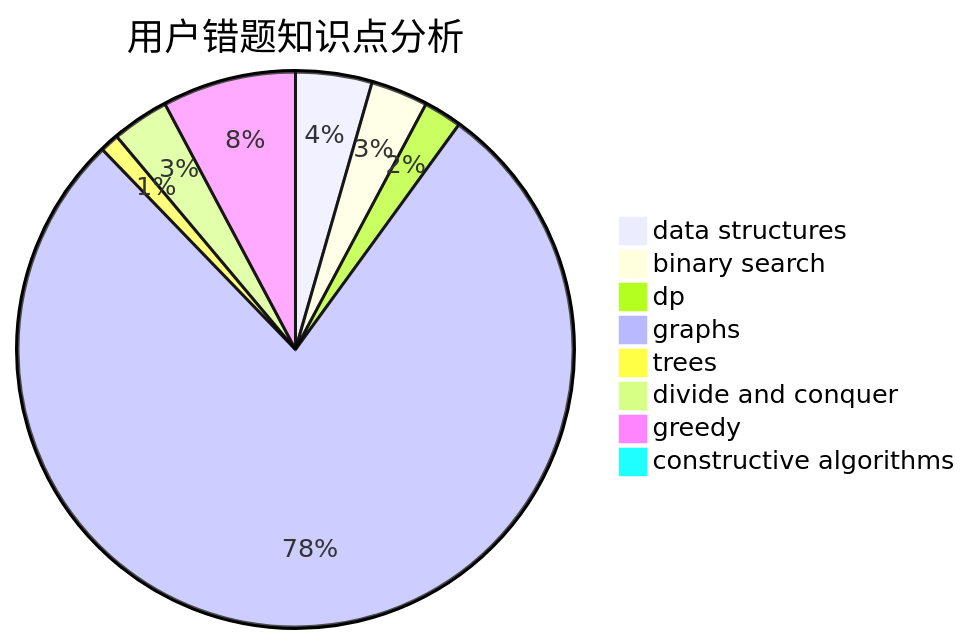
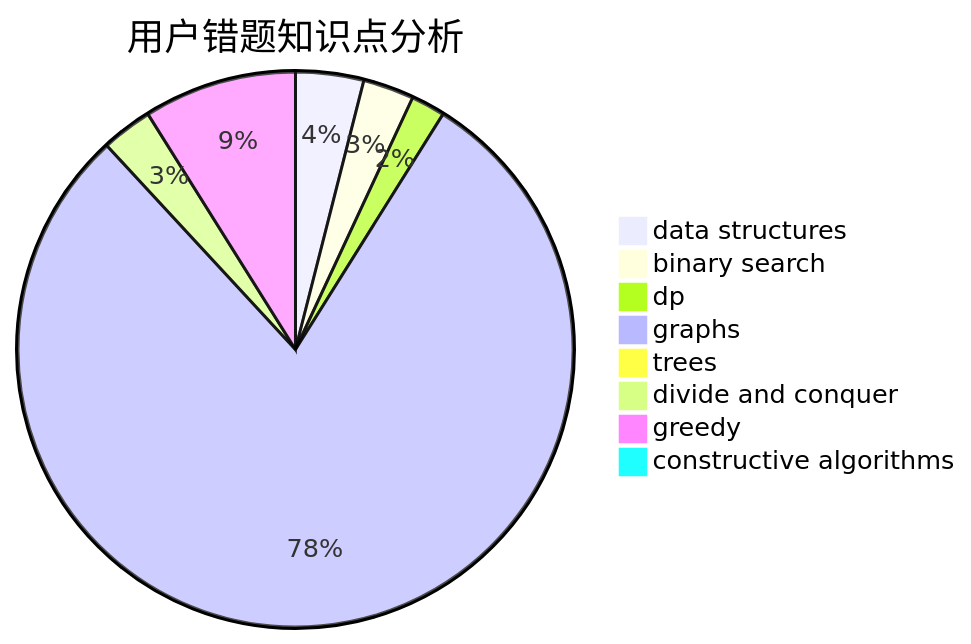
One commit to sherpahu/cfrs.github.io changed the third of 3 diagrams in docs/user/u256.md. Above: the diagram before and after it, drawn with Mermaid. The commit also changed other lines of this file and 2770 other files, not shown here.

````diff
--- a/docs/user/u256.md
+++ b/docs/user/u256.md
@@ -36,11 +36,11 @@
 ```mermaid
 pie title 用户错题知识点分析
     "data structures" :  4
     "binary search" :  3
     "dp" :  2
-    "graphs" :  70
+    "graphs" :  80
     "trees" :  1
     "divide and conquer" :  3
-    "greedy" :  7
+    "greedy" :  9
     "constructive algorithms" :  0
 ```
````
